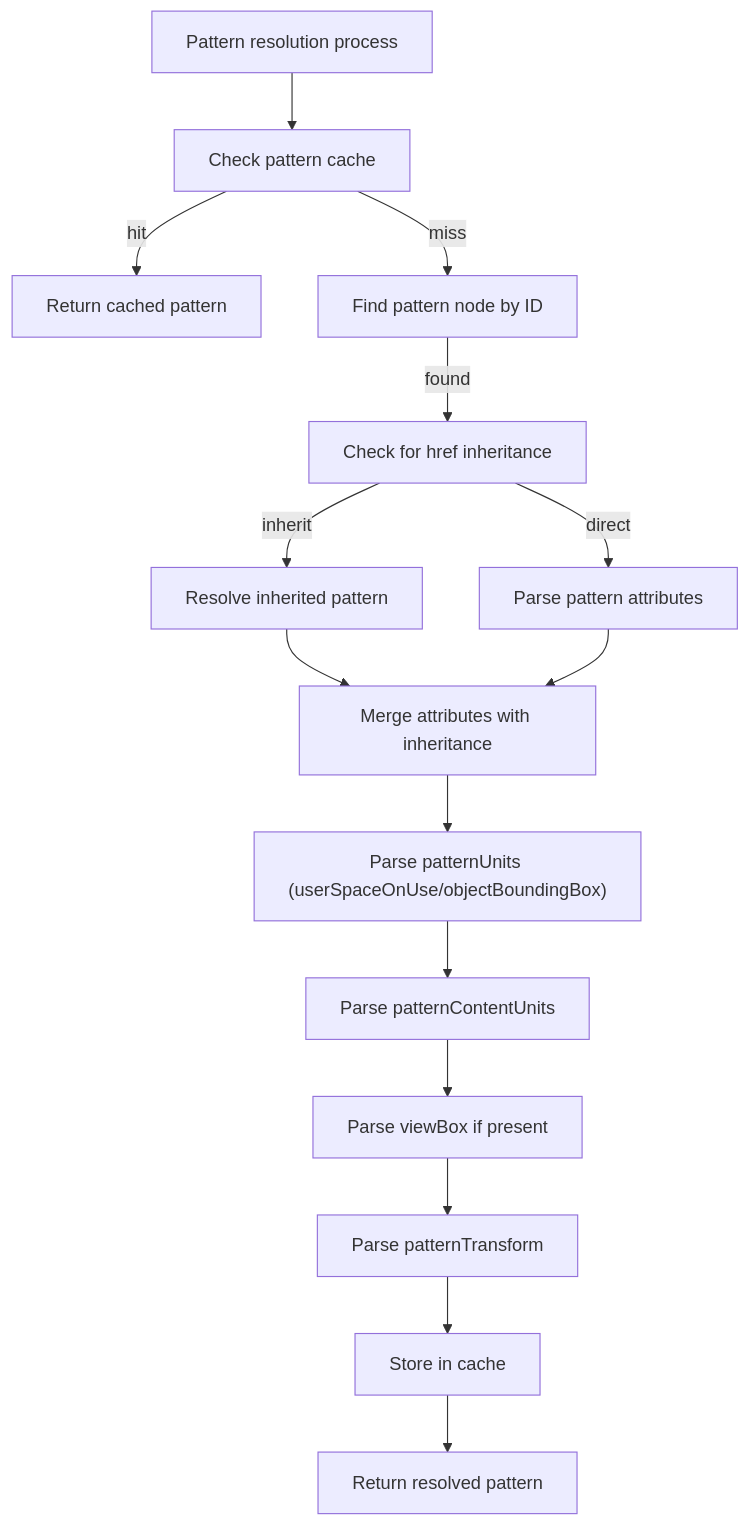
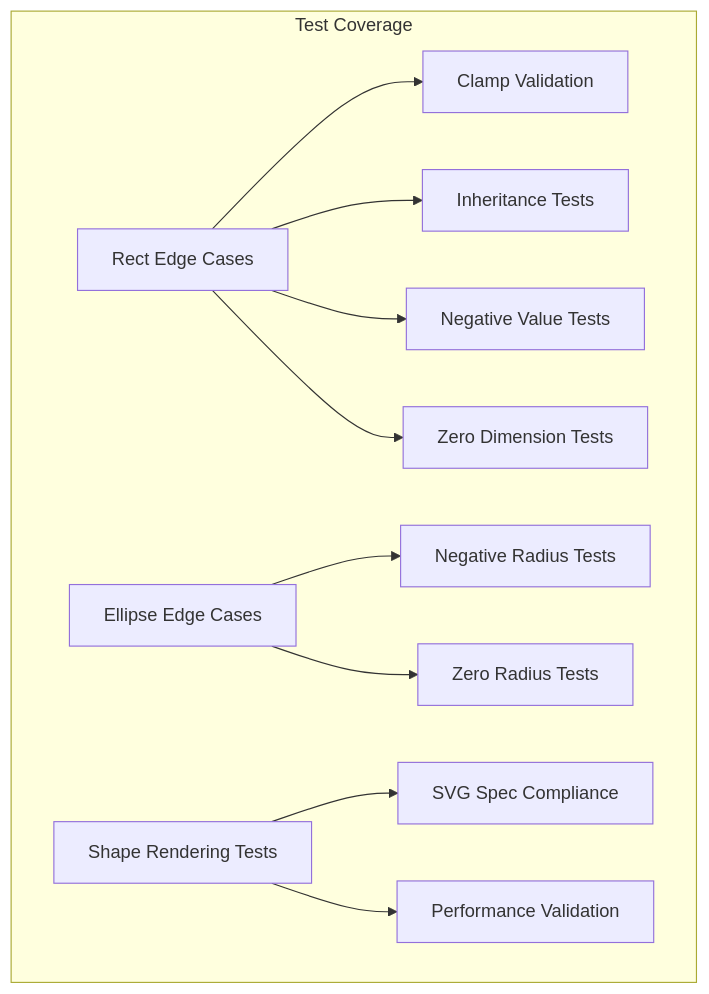
Before and after one commit to denisnadey/flutter_full_svg_support: diagram 15 of 15 in .qoder/repowiki/en/content/Animated SVG Support/Animated SVG Support.md, drawn with Mermaid. The commit also changed other lines of this file and 8 other files, not shown here.

````diff
--- a/.qoder/repowiki/en/content/Animated SVG Support/Animated SVG Support.md
+++ b/.qoder/repowiki/en/content/Animated SVG Support/Animated SVG Support.md
@@ -994,17 +749,13 @@
 ```mermaid
-flowchart TD
-A["Pattern resolution process"] --> B["Check pattern cache"]
-B --> |hit| C["Return cached pattern"]
-B --> |miss| D["Find pattern node by ID"]
-D --> |found| E["Check for href inheritance"]
-E --> |inherit| F["Resolve inherited pattern"]
-E --> |direct| G["Parse pattern attributes"]
-F --> H["Merge attributes with inheritance"]
-G --> H
-H --> I["Parse patternUnits (userSpaceOnUse/objectBoundingBox)"]
-I --> J["Parse patternContentUnits"]
-J --> K["Parse viewBox if present"]
-K --> L["Parse patternTransform"]
-L --> M["Store in cache"]
-M --> N["Return resolved pattern"]
+graph TB
+subgraph "Test Coverage"
+A["Rect Edge Cases"] --> B["Clamp Validation"]
+A --> C["Inheritance Tests"]
+A --> D["Negative Value Tests"]
+A --> E["Zero Dimension Tests"]
+F["Ellipse Edge Cases"] --> G["Negative Radius Tests"]
+F --> H["Zero Radius Tests"]
+I["Shape Rendering Tests"] --> J["SVG Spec Compliance"]
+I --> K["Performance Validation"]
+end
 ```
````
